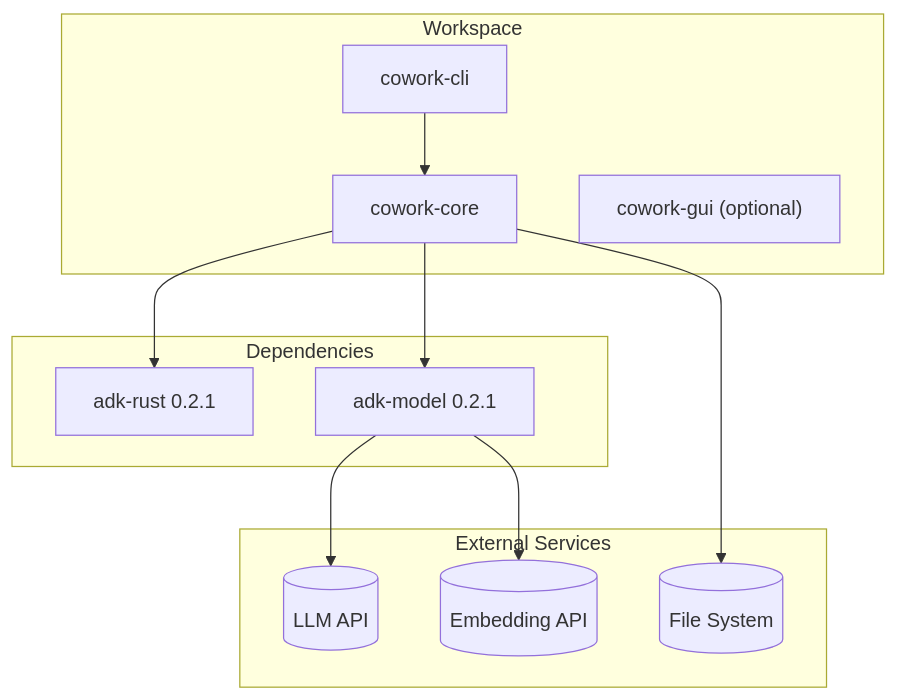
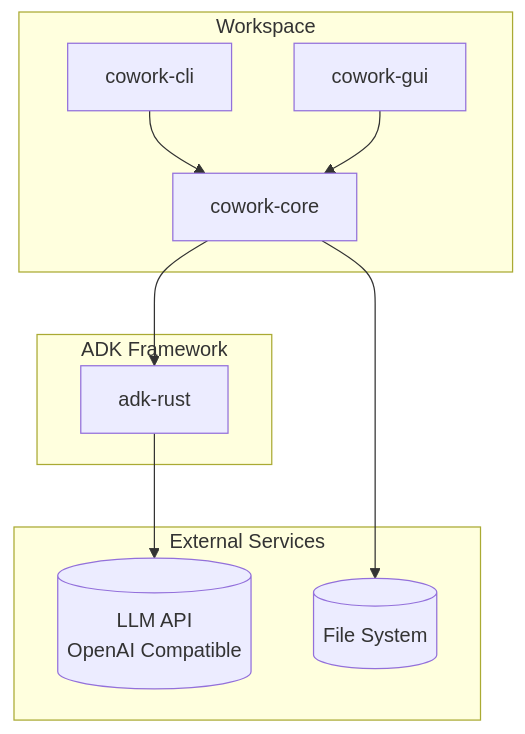
The third of 3 diagrams in README.md (sopaco/cowork-forge), drawn with Mermaid before and after one commit. The commit also changed other lines of this file and 1 other file, not shown here.

First line of the commit message:
Update architecture to hexagonal design

````diff
--- a/README.md
+++ b/README.md
@@ -542,28 +548,23 @@
 ```mermaid
 graph TD
     subgraph "Workspace"
         CLI["cowork-cli"]
         CORE["cowork-core"]
-        GUI["cowork-gui (optional)"]
+        GUI["cowork-gui"]
     end
 
-    subgraph "Dependencies"
-        ADK["adk-rust 0.2.1"]
-        ADK_MODEL["adk-model 0.2.1"]
+    subgraph "ADK Framework"
+        ADK["adk-rust"]
     end
     
     subgraph "External Services"
-        LLM[("LLM API")]
-        EMBEDDING[("Embedding API")]
+        LLM[("LLM API<br/>OpenAI Compatible")]
         FS[("File System")]
     end
 
-    %% Define Dependencies
     CLI --> CORE
+    GUI --> CORE
     CORE --> ADK
-    CORE --> ADK_MODEL
-    
-    ADK_MODEL --> LLM
-    ADK_MODEL --> EMBEDDING
+    ADK --> LLM
     CORE --> FS
 ```
````
